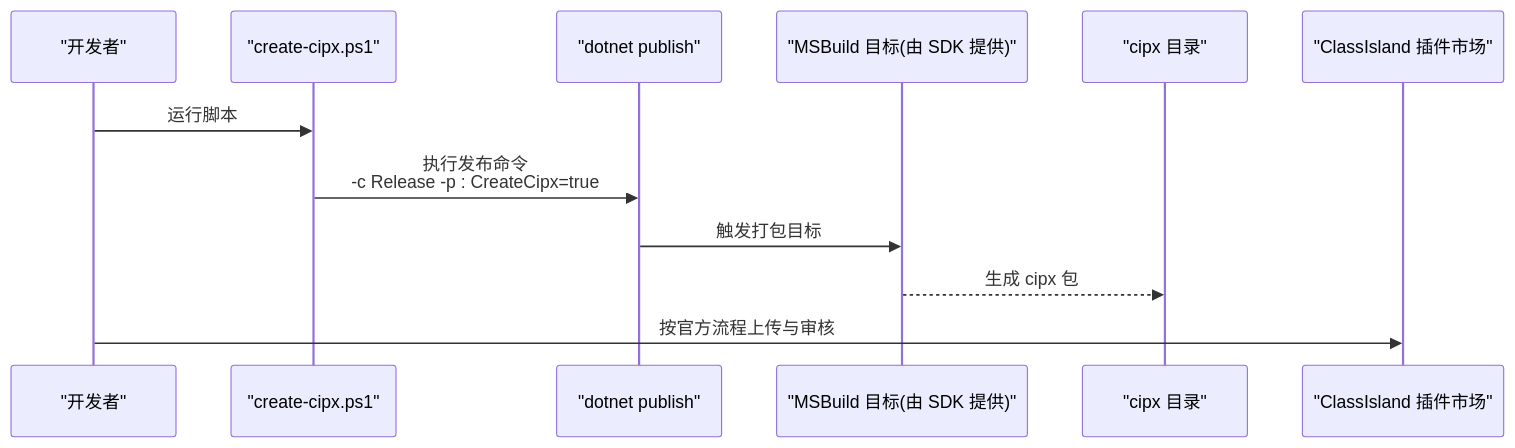
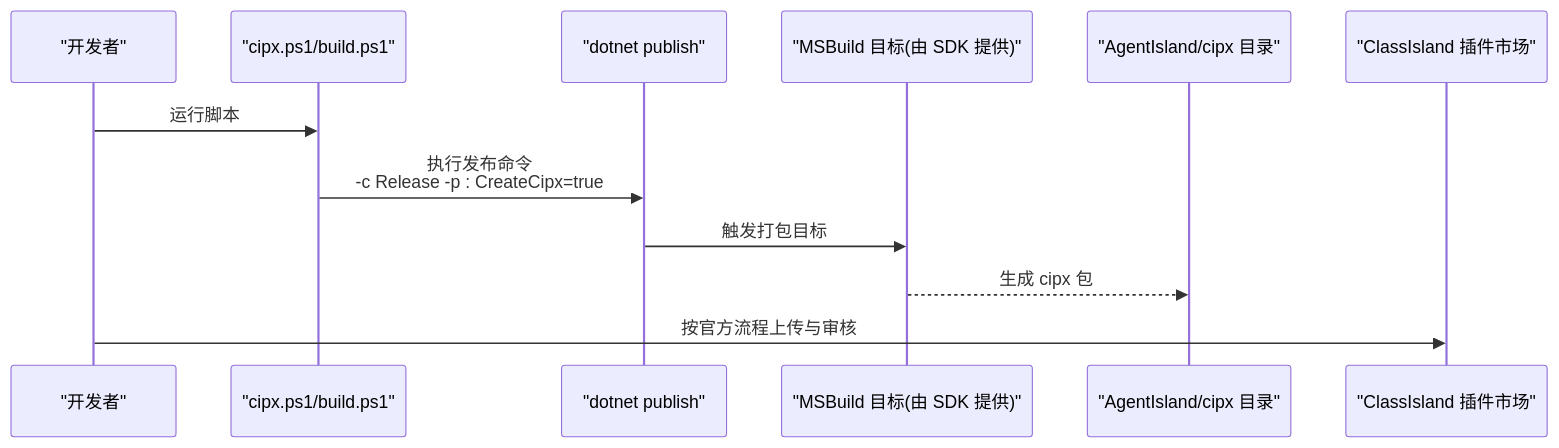
The second of 4 diagrams in .qoder/repowiki/zh/content/开发指南/构建与发布.md (ShihaoShenDev/AgentIsland), drawn with Mermaid before and after one commit. The commit also changed other lines of this file and 31 other files, not shown here.

````diff
--- a/.qoder/repowiki/zh/content/开发指南/构建与发布.md
+++ b/.qoder/repowiki/zh/content/开发指南/构建与发布.md
@@ -87,14 +101,14 @@
 ```mermaid
 sequenceDiagram
 participant Dev as "开发者"
-participant Script as "create-cipx.ps1"
+participant Script as "cipx.ps1/build.ps1"
 participant Dotnet as "dotnet publish"
 participant Msbuild as "MSBuild 目标(由 SDK 提供)"
-participant Output as "cipx 目录"
+participant Output as "AgentIsland/cipx 目录"
 participant Market as "ClassIsland 插件市场"
 Dev->>Script : 运行脚本
 Script->>Dotnet : 执行发布命令<br/>-c Release -p : CreateCipx=true
 Dotnet->>Msbuild : 触发打包目标
 Msbuild-->>Output : 生成 cipx 包
 Dev->>Market : 按官方流程上传与审核
 ```
````
